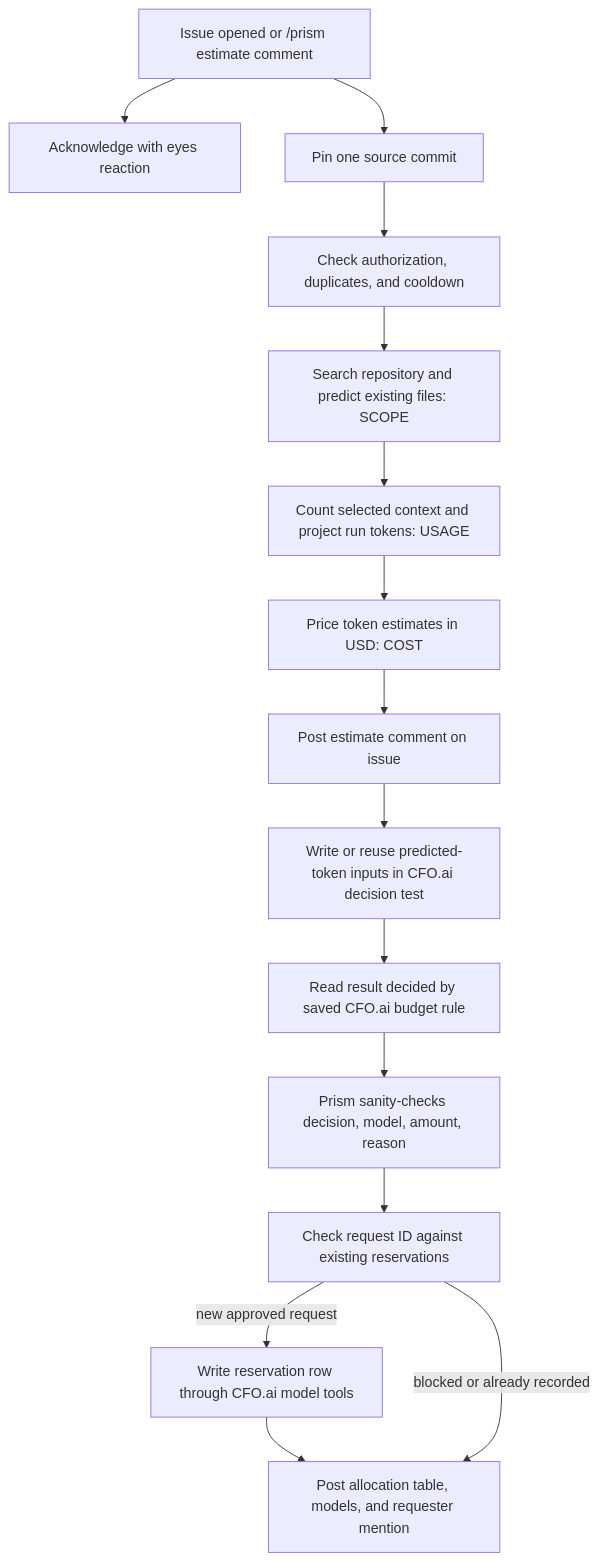
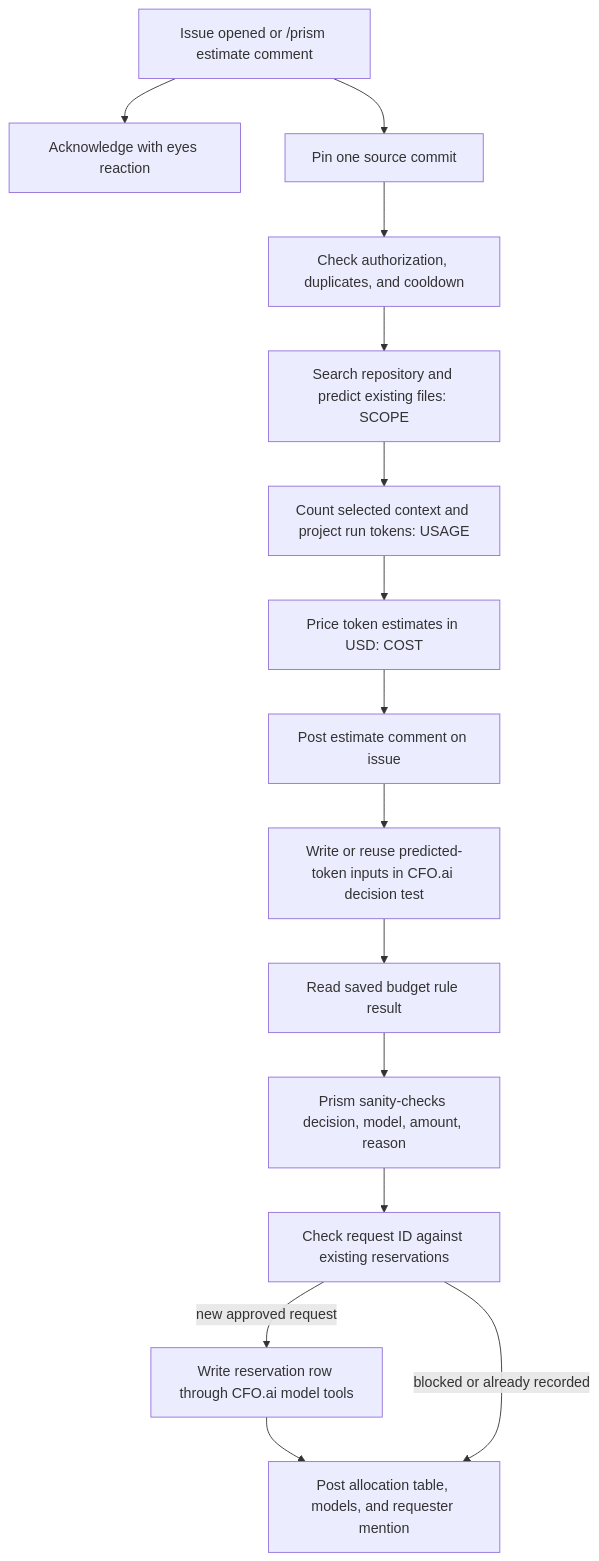
One commit to Bhavya031/Prisme changed the diagram in README.md. Above: the diagram before and after it, drawn with Mermaid. The commit also changed other lines of this file, not shown here.

````diff
--- a/README.md
+++ b/README.md
@@ -11,17 +11,17 @@
 ```mermaid
 flowchart TD
     A[Issue opened or /prism estimate comment] --> B[Acknowledge with eyes reaction]
     A --> C[Pin one source commit]
     C --> D[Check authorization, duplicates, and cooldown]
     D --> E[Search repository and predict existing files: SCOPE]
     E --> F[Count selected context and project run tokens: USAGE]
     F --> G[Price token estimates in USD: COST]
     G --> H[Post estimate comment on issue]
     H --> I[Write or reuse predicted-token inputs in CFO.ai decision test]
-    I --> J[Read result decided by saved CFO.ai budget rule]
+    I --> J[Read saved budget rule result]
     J --> K[Prism sanity-checks decision, model, amount, reason]
     K --> L[Check request ID against existing reservations]
     L -->|new approved request| M[Write reservation row through CFO.ai model tools]
     M --> N[Post allocation table, models, and requester mention]
     L -->|blocked or already recorded| N
 ```
````
